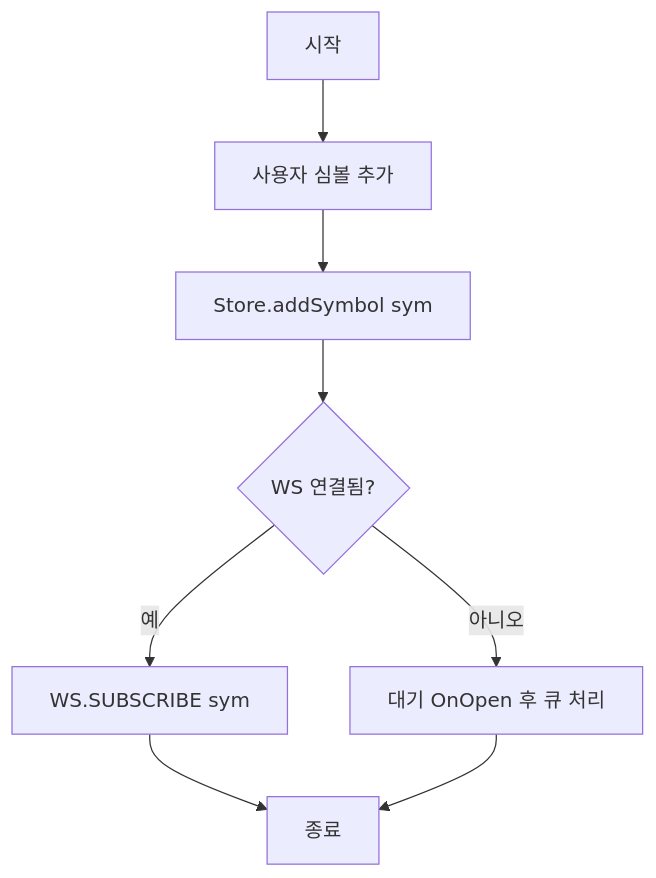
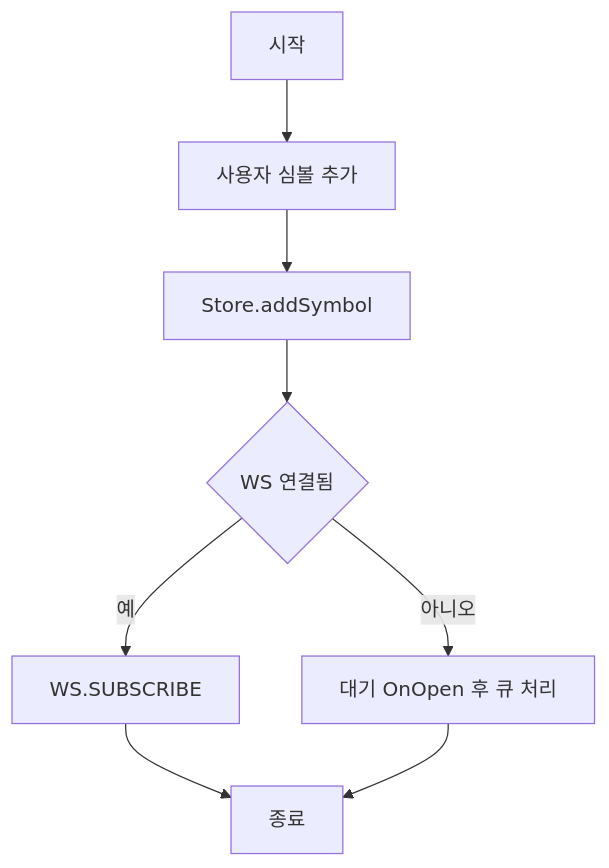
Before and after one commit to SKNETWORKS-FAMILY-AICAMP/SKN12-FINAL-2TEAM: diagram 20 of 31 in FRONTEND_UML_SPECIFICATION.md, drawn with Mermaid. The commit also changed other lines of this file, not shown here.

````diff
--- a/FRONTEND_UML_SPECIFICATION.md
+++ b/FRONTEND_UML_SPECIFICATION.md
@@ -823,10 +823,10 @@
 ```mermaid
 flowchart TD
     A[시작] --> B[사용자 심볼 추가]
-    B --> C[Store.addSymbol sym]
-    C --> D{WS 연결됨?}
-    D -->|예| E[WS.SUBSCRIBE sym]
+    B --> C[Store.addSymbol]
+    C --> D{WS 연결됨}
+    D -->|예| E[WS.SUBSCRIBE]
     D -->|아니오| F[대기 OnOpen 후 큐 처리]
     E --> G[종료]
     F --> G
 ```
````
